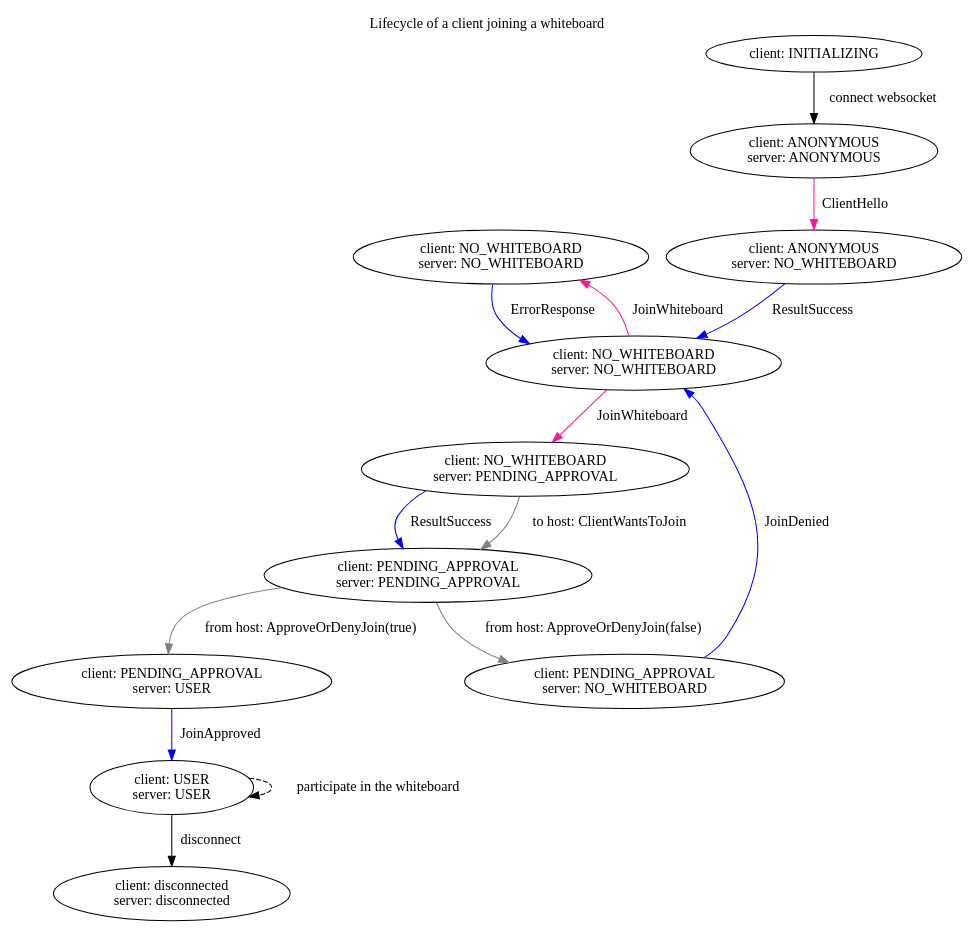
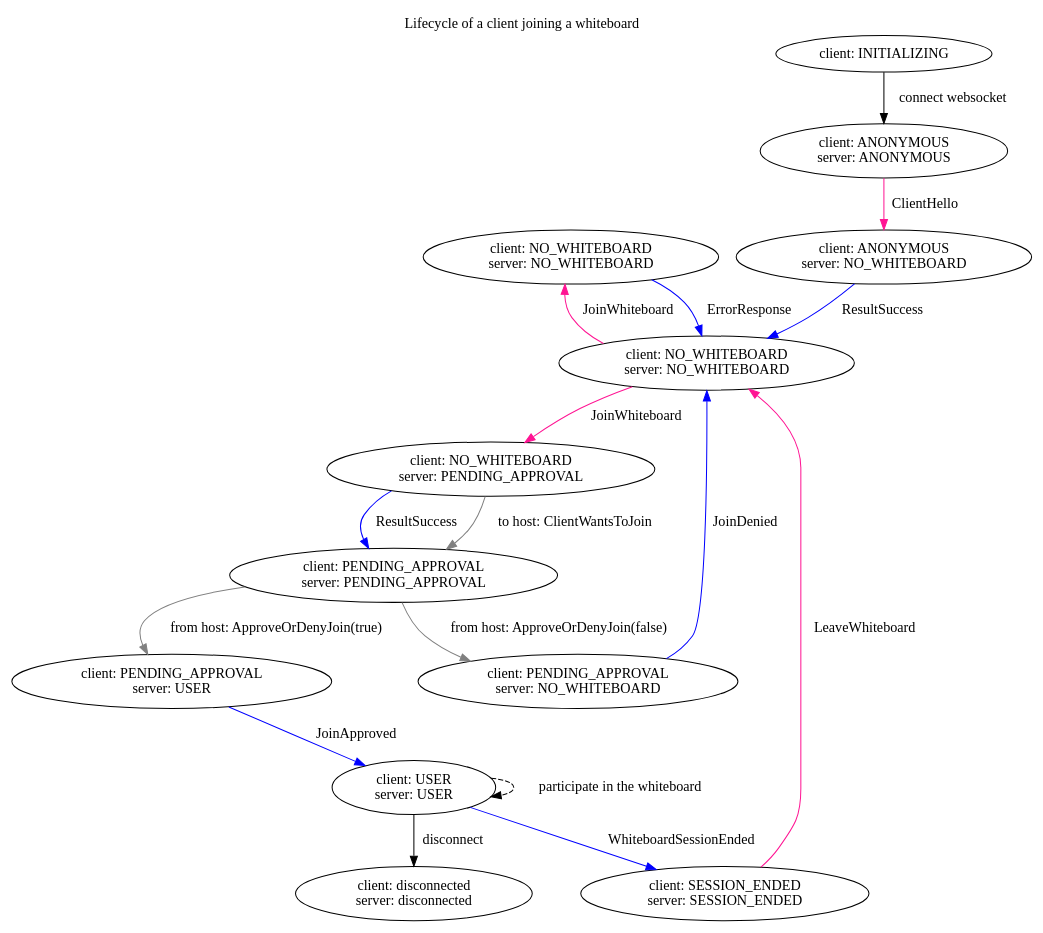
The diagram in graphs/client-lifecycle/client-lifecycle.dot (wgslr/trunkless-whiteboard), drawn with Graphviz before and after one commit.

Commit message:
Added session ending to client lifecycle

```diff
--- a/graphs/client-lifecycle/client-lifecycle.dot
+++ b/graphs/client-lifecycle/client-lifecycle.dot
@@ -1,67 +1,75 @@
 # deeppink = message from server
 # blue = message to server
 
 Digraph G2 {
     labelloc="t";
     label="Lifecycle of a client joining a whiteboard";
 
     join_error [label = "client: NO_WHITEBOARD\nserver: NO_WHITEBOARD"]
 
     "client: INITIALIZING"
     -> "client: ANONYMOUS\nserver: ANONYMOUS"
     [label = "connect websocket"]
 
     "client: ANONYMOUS\nserver: ANONYMOUS"
     -> "client: ANONYMOUS\nserver: NO_WHITEBOARD"
-    [label = "ClientHello", color = "deeppinK"]
+    [label = "ClientHello", color = "deeppink"]
 
     "client: ANONYMOUS\nserver: NO_WHITEBOARD"
     -> "client: NO_WHITEBOARD\nserver: NO_WHITEBOARD"
     [label = "ResultSuccess", color = "blue"]
 
     "client: NO_WHITEBOARD\nserver: NO_WHITEBOARD"
     -> "client: NO_WHITEBOARD\nserver: PENDING_APPROVAL"
     [label = "JoinWhiteboard", color = "deeppink"]
 
 
     "client: NO_WHITEBOARD\nserver: NO_WHITEBOARD"
     -> join_error // "client: NO_WHITEBOARD\nserver: NO_WHITEBOARD"
     [label = "JoinWhiteboard", color = "deeppink"]
 
     join_error
     -> "client: NO_WHITEBOARD\nserver: NO_WHITEBOARD" // "client: NO_WHITEBOARD\nserver: NO_WHITEBOARD"
     [label = "ErrorResponse", color = "blue"]
 
     "client: NO_WHITEBOARD\nserver: PENDING_APPROVAL"
     -> "client: PENDING_APPROVAL\nserver: PENDING_APPROVAL"
     [label = "ResultSuccess", color="blue"]
     
     "client: NO_WHITEBOARD\nserver: PENDING_APPROVAL"
     -> "client: PENDING_APPROVAL\nserver: PENDING_APPROVAL"
     [label = "to host: ClientWantsToJoin", color="grey"]
 
     "client: PENDING_APPROVAL\nserver: PENDING_APPROVAL"
     -> "client: PENDING_APPROVAL\nserver: USER"
     [label = "from host: ApproveOrDenyJoin(true)", color="grey"]
 
     "client: PENDING_APPROVAL\nserver: USER"
     -> "client: USER\nserver: USER"
     [label = "JoinApproved", color="blue"]
 
     "client: PENDING_APPROVAL\nserver: PENDING_APPROVAL"
     -> "client: PENDING_APPROVAL\nserver: NO_WHITEBOARD"
     [label = "from host: ApproveOrDenyJoin(false)", color="grey"]
 
     "client: PENDING_APPROVAL\nserver: NO_WHITEBOARD"
     -> "client: NO_WHITEBOARD\nserver: NO_WHITEBOARD"
     [label = "JoinDenied", color="blue"]
 
 
     "client: USER\nserver: USER"
     -> "client: USER\nserver: USER"
     [label = "participate in the whiteboard", style="dashed"]
 
     "client: USER\nserver: USER"
+    -> "client: SESSION_ENDED\nserver: SESSION_ENDED"
+    [label = "WhiteboardSessionEnded", color="blue"]
+
+    "client: SESSION_ENDED\nserver: SESSION_ENDED"
+    -> "client: NO_WHITEBOARD\nserver: NO_WHITEBOARD"
+    [label = "LeaveWhiteboard", color="deeppink"]
+
+    "client: USER\nserver: USER"
     -> "client: disconnected\nserver: disconnected"
     [label = "disconnect"]
 }
```
